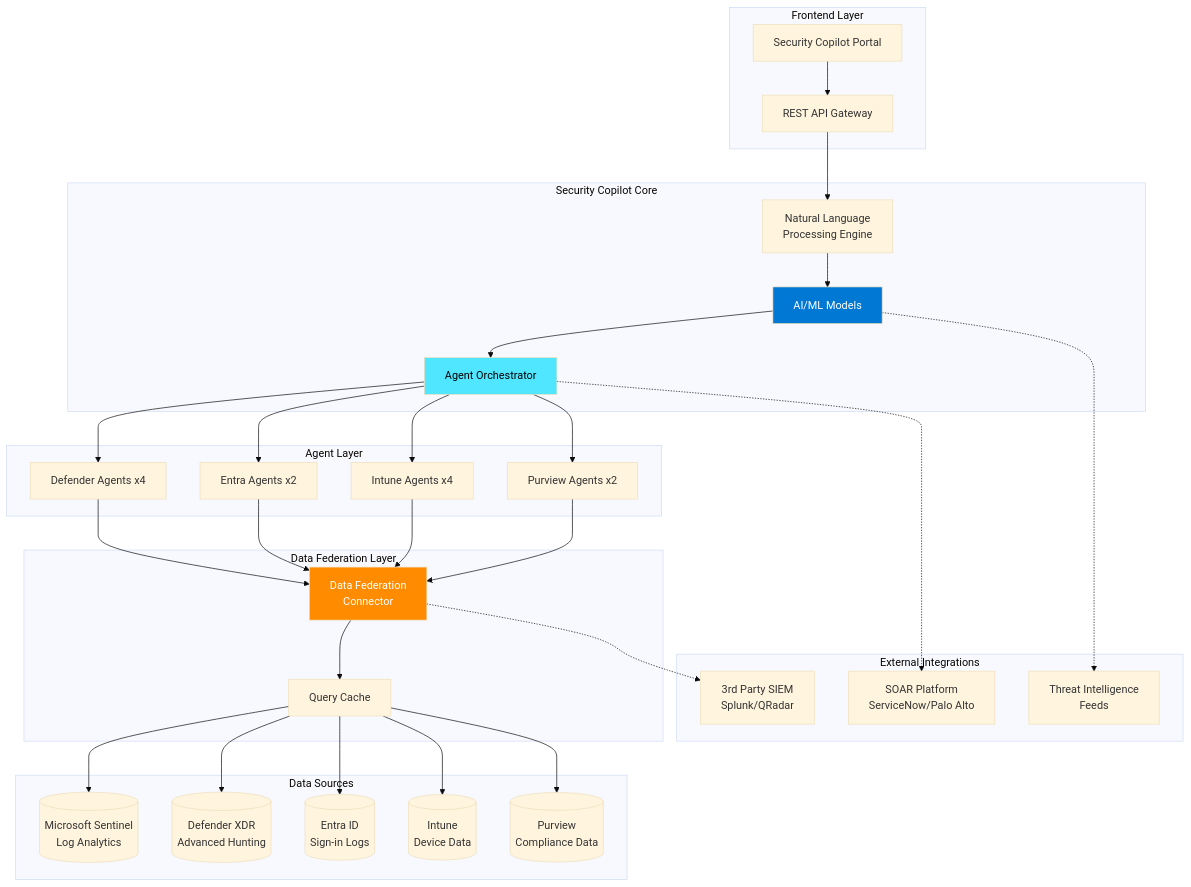
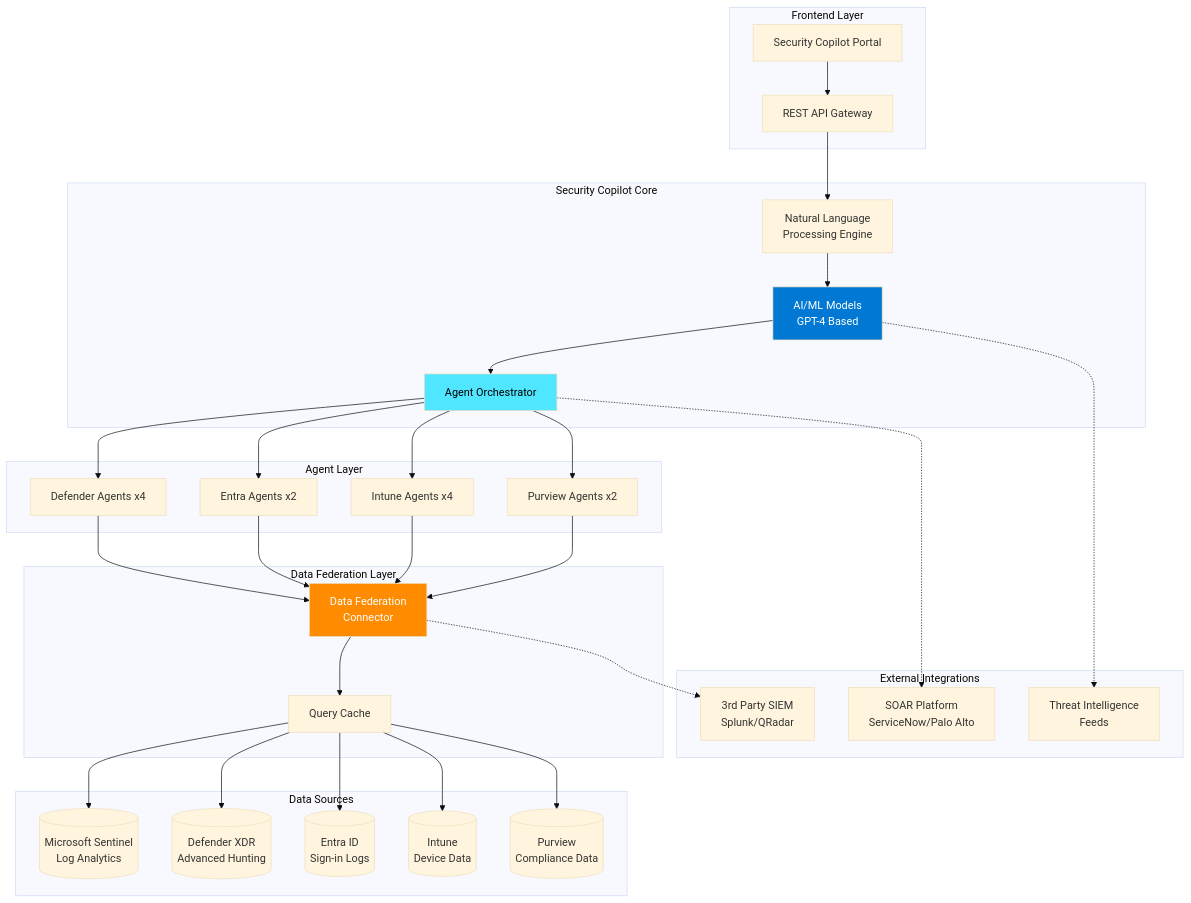
One commit to RakeshPrasad21/Rakesh-Prasad changed the fourth of 5 diagrams in Demo/dsfs1.md. Above: the diagram before and after it, drawn with Mermaid (base theme). The commit also changed other lines of this file, not shown here.

````diff
--- a/Demo/dsfs1.md
+++ b/Demo/dsfs1.md
@@ -304,69 +304,69 @@
 ```mermaid
 graph TB
     subgraph "Frontend Layer"
         UI[Security Copilot Portal]
         API[REST API Gateway]
     end
     
     subgraph "Security Copilot Core"
         NLP[Natural Language<br/>Processing Engine]
-        AI[AI/ML Models]
+        AI[AI/ML Models<br/>GPT-4 Based]
         ORCHESTRATOR[Agent Orchestrator]
     end
     
     subgraph "Agent Layer"
         DEFENDER_AGENTS[Defender Agents x4]
         ENTRA_AGENTS[Entra Agents x2]
         INTUNE_AGENTS[Intune Agents x4]
         PURVIEW_AGENTS[Purview Agents x2]
     end
     
     subgraph "Data Federation Layer"
         FEDERATION[Data Federation<br/>Connector]
         CACHE[Query Cache]
     end
     
     subgraph "Data Sources"
         SENTINEL_DB[(Microsoft Sentinel<br/>Log Analytics)]
         DEFENDER_DB[(Defender XDR<br/>Advanced Hunting)]
         ENTRA_DB[(Entra ID<br/>Sign-in Logs)]
         INTUNE_DB[(Intune<br/>Device Data)]
         PURVIEW_DB[(Purview<br/>Compliance Data)]
     end
     
     subgraph "External Integrations"
         SIEM[3rd Party SIEM<br/>Splunk/QRadar]
         SOAR[SOAR Platform<br/>ServiceNow/Palo Alto]
         TI[Threat Intelligence<br/>Feeds]
     end
     
     UI --> API
     API --> NLP
     NLP --> AI
     AI --> ORCHESTRATOR
     
     ORCHESTRATOR --> DEFENDER_AGENTS
     ORCHESTRATOR --> ENTRA_AGENTS
     ORCHESTRATOR --> INTUNE_AGENTS
     ORCHESTRATOR --> PURVIEW_AGENTS
     
     DEFENDER_AGENTS --> FEDERATION
     ENTRA_AGENTS --> FEDERATION
     INTUNE_AGENTS --> FEDERATION
     PURVIEW_AGENTS --> FEDERATION
     
     FEDERATION --> CACHE
     CACHE --> SENTINEL_DB
     CACHE --> DEFENDER_DB
     CACHE --> ENTRA_DB
     CACHE --> INTUNE_DB
     CACHE --> PURVIEW_DB
     
     FEDERATION -.-> SIEM
     ORCHESTRATOR -.-> SOAR
     AI -.-> TI
     
     style AI fill:#0078D4,color:#fff
     style ORCHESTRATOR fill:#50E6FF,color:#000
     style FEDERATION fill:#FF8C00,color:#fff
 ```
````
